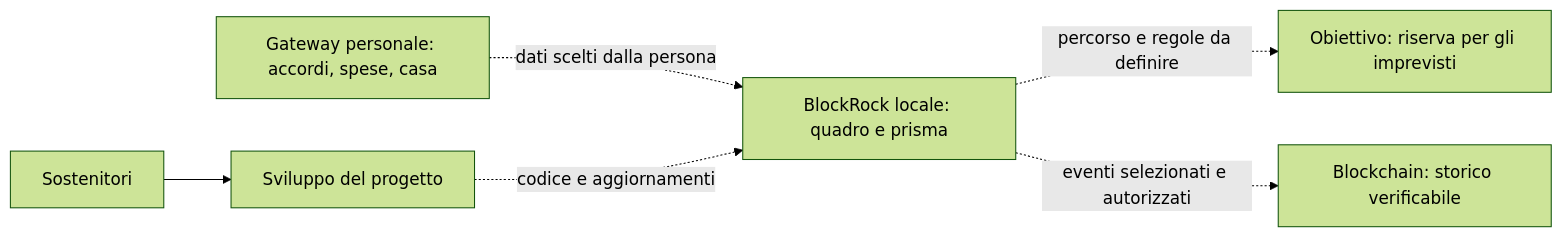
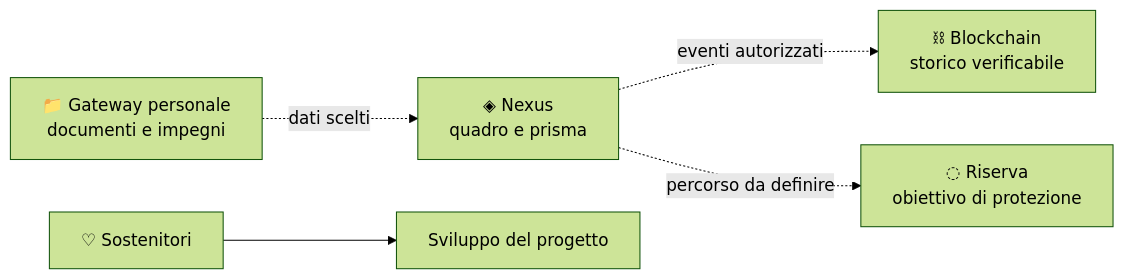
The diagram in README.md (BlockRockAdmin/BlockRock), drawn with Mermaid (forest theme) before and after one commit. The commit also changed other lines of this file and 1 other file, not shown here.

Commit message:
docs: redesign BlockRock README

````diff
--- a/README.md
+++ b/README.md
@@ -33,8 +51,7 @@
 ```mermaid
 flowchart LR
-    G[Gateway personale: accordi, spese, casa] -. dati scelti dalla persona .-> B[BlockRock locale: quadro e prisma]
-    B -. percorso e regole da definire .-> P[Obiettivo: riserva per gli imprevisti]
-    B -. eventi selezionati e autorizzati .-> C[Blockchain: storico verificabile]
-    S[Sostenitori] --> D[Sviluppo del progetto]
-    D -. codice e aggiornamenti .-> B
+    G["📁 Gateway personale<br/>documenti e impegni"] -. "dati scelti" .-> N["◈ Nexus<br/>quadro e prisma"]
+    N -. "eventi autorizzati" .-> B["⛓ Blockchain<br/>storico verificabile"]
+    N -. "percorso da definire" .-> R["◌ Riserva<br/>obiettivo di protezione"]
+    S["♡ Sostenitori"] --> P["Sviluppo del progetto"]
 ```
````
